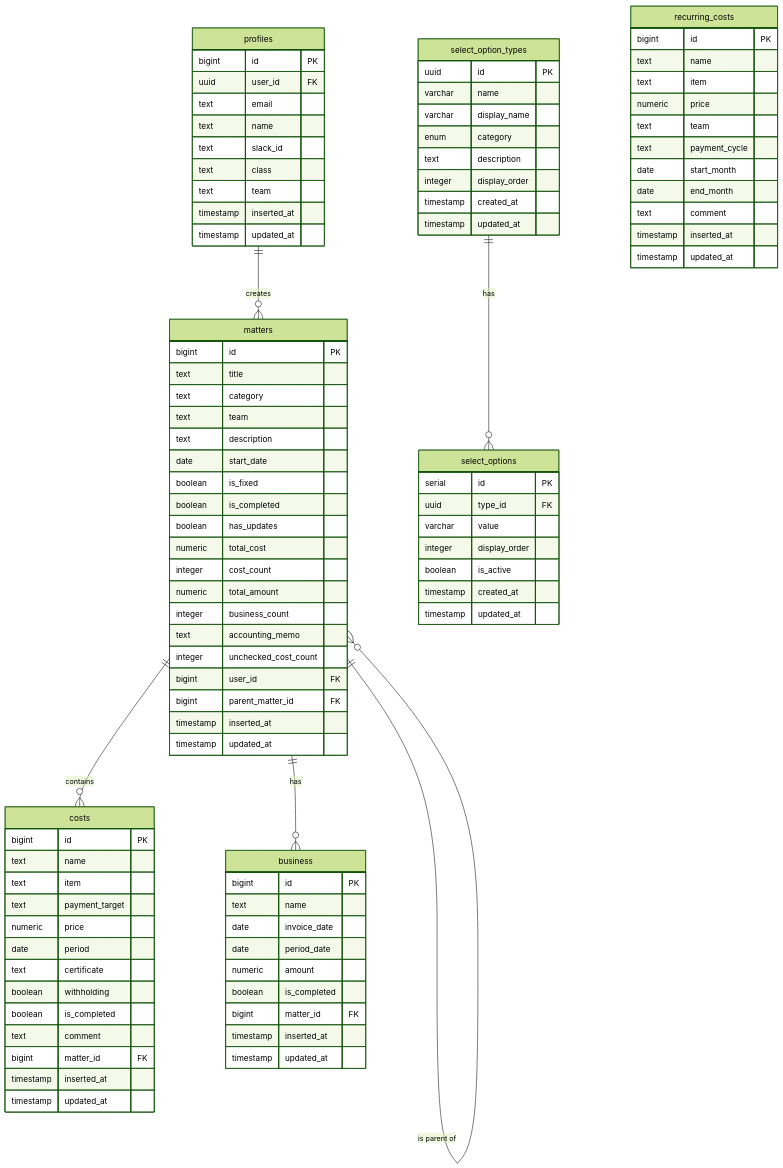
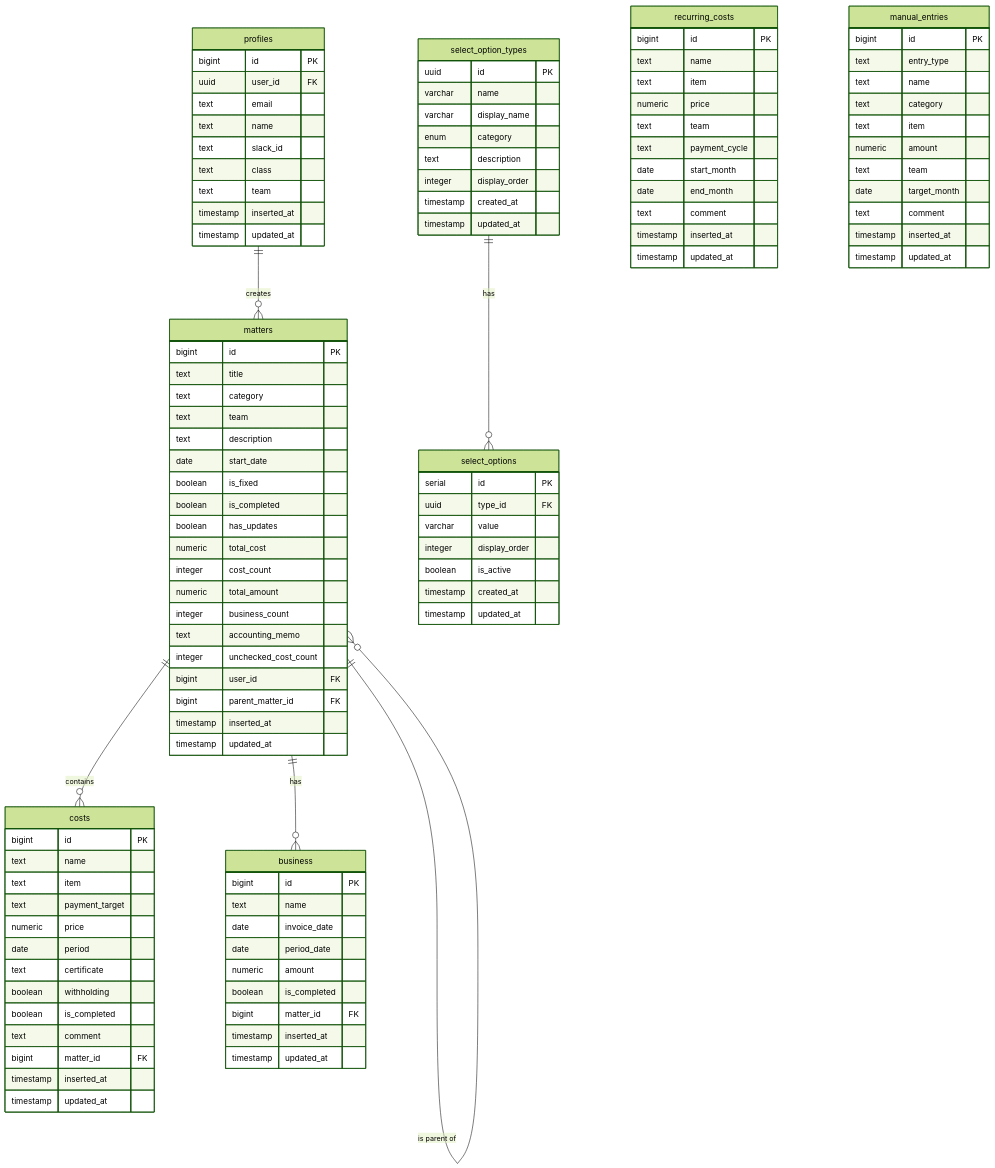
One commit to Singuralitylabs/accounting-system changed the diagram in docs/database.md. Above: the diagram before and after it, drawn with Mermaid (forest theme). The commit also changed other lines of this file and 1 other file, not shown here.

````diff
--- a/docs/database.md
+++ b/docs/database.md
@@ -804,4 +899,18 @@
         timestamp inserted_at
         timestamp updated_at
     }
+
+    manual_entries {
+        bigint id PK
+        text entry_type
+        text name
+        text category
+        text item
+        numeric amount
+        text team
+        date target_month
+        text comment
+        timestamp inserted_at
+        timestamp updated_at
+    }
 ```
````
